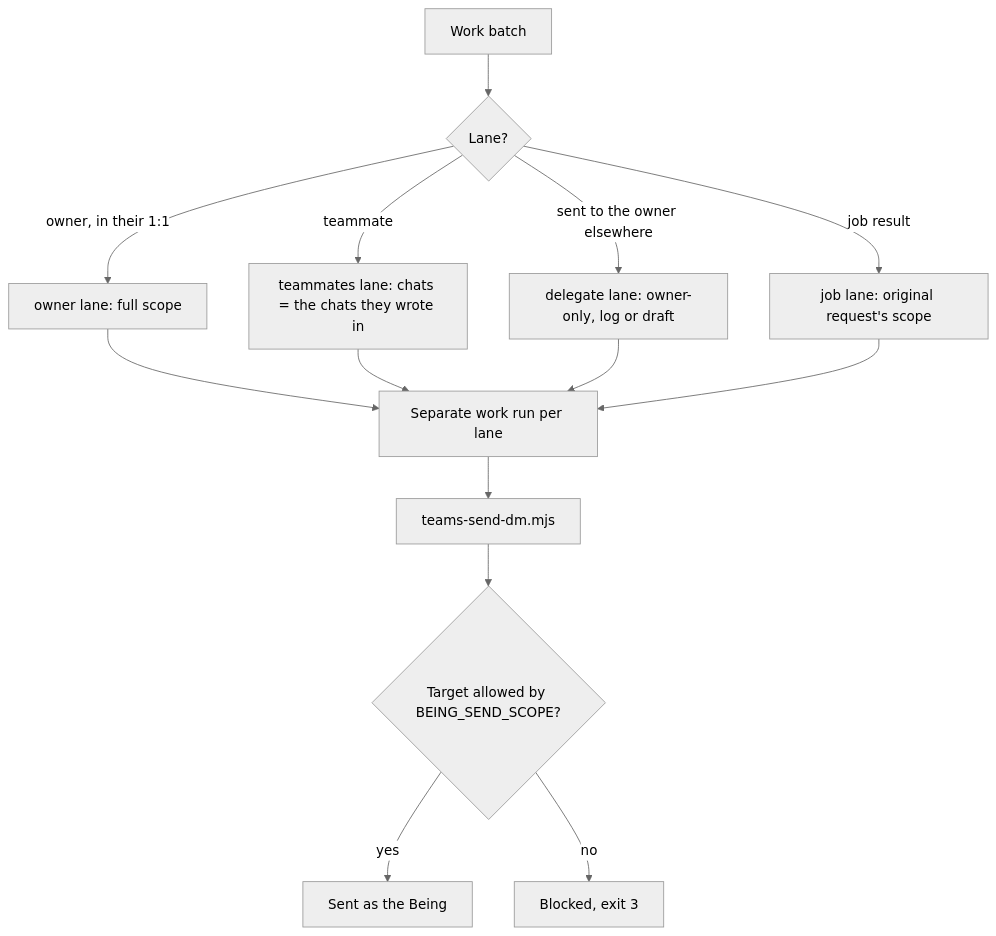
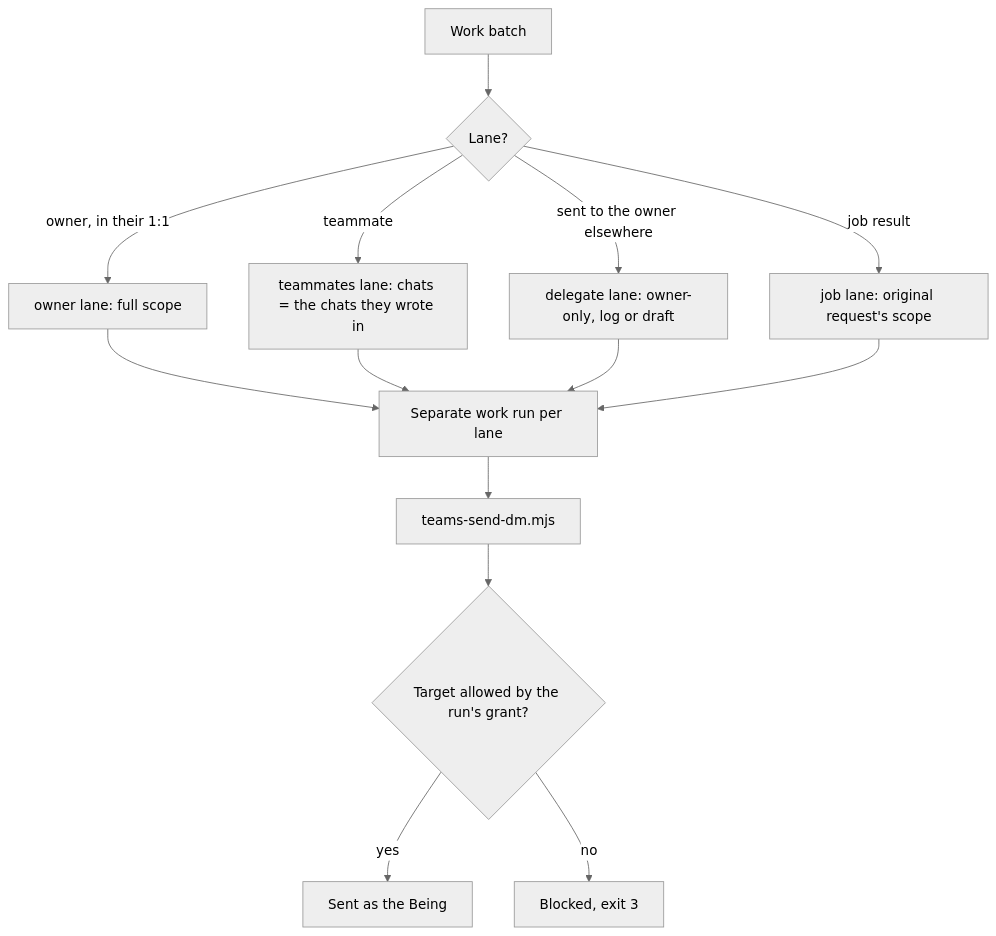
The fifth of 9 diagrams in docs/ARCHITECTURE.md (VeltriaAI/beings-protocol), drawn with Mermaid (neutral theme) before and after one commit. The commit also changed other lines of this file and 29 other files, not shown here.

````diff
--- a/docs/ARCHITECTURE.md
+++ b/docs/ARCHITECTURE.md
@@ -223,16 +225,16 @@
 ```mermaid
 flowchart TB
   IN["Work batch"] --> SPLIT{"Lane?"}
   SPLIT -->|job result| JL["job lane: original request's scope"]
   SPLIT -->|owner, in their 1:1| OL["owner lane: full scope"]
   SPLIT -->|sent to the owner elsewhere| DL["delegate lane: owner-only, log or draft"]
   SPLIT -->|teammate| TL["teammates lane: chats = the chats they wrote in"]
   OL --> RUN["Separate work run per lane"]
   TL --> RUN
   DL --> RUN
   JL --> RUN
   RUN --> SEND["teams-send-dm.mjs"]
-  SEND --> CHK{"Target allowed by BEING_SEND_SCOPE?"}
+  SEND --> CHK{"Target allowed by the run's grant?"}
   CHK -->|yes| OK["Sent as the Being"]
   CHK -->|no| BLK["Blocked, exit 3"]
 ```
````
